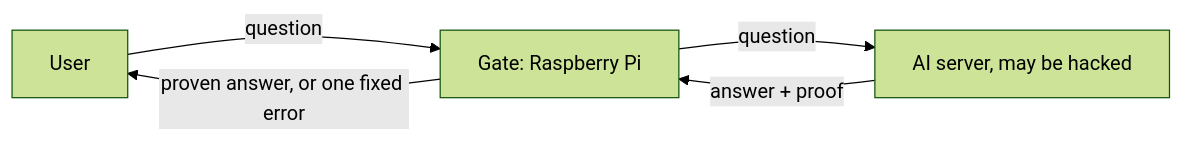
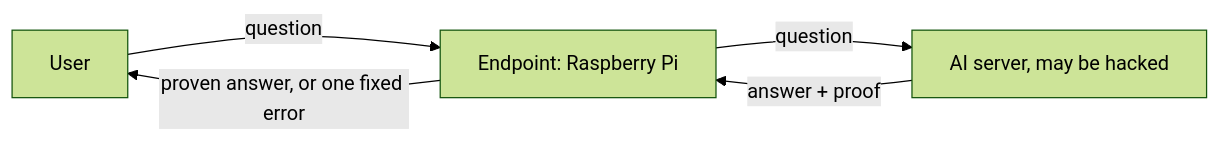
One commit to 0x471/fasr-proof-gated-egress changed the diagram in README.md. Above: the diagram before and after it, drawn with Mermaid (forest theme). The commit also changed other lines of this file and 82 other files, not shown here.

Commit message:
refactor: rename the gate to the endpoint throughout

````diff
--- a/README.md
+++ b/README.md
@@ -13,7 +13,7 @@
 ```mermaid
 flowchart LR
-    U[User] -->|question| G[Gate: Raspberry Pi]
+    U[User] -->|question| G[Endpoint: Raspberry Pi]
     G -->|question| S[AI server, may be hacked]
     S -->|answer + proof| G
     G -->|proven answer, or one fixed error| U
 ```
````
